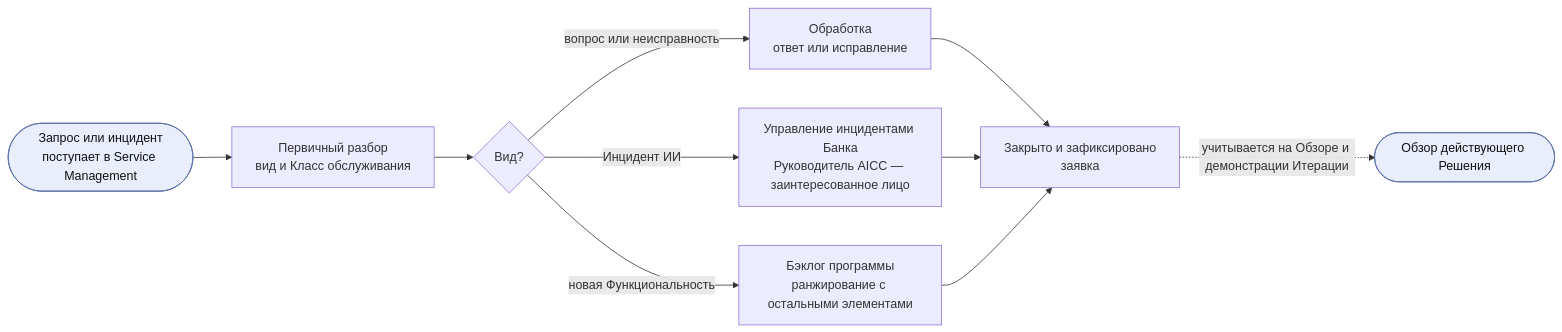
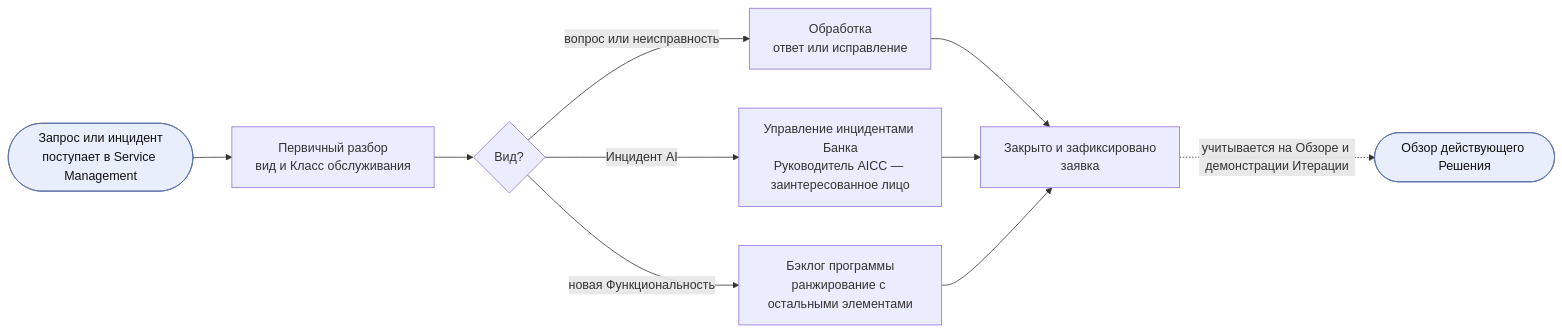
Before and after one commit to devhogu/ob-aicc: diagram 12 of 13 in charter/ru/documents/solution-lifecycle-model.md, drawn with Mermaid. The commit also changed other lines of this file and 768 other files, not shown here.

````diff
--- a/charter/ru/documents/solution-lifecycle-model.md
+++ b/charter/ru/documents/solution-lifecycle-model.md
@@ -456,13 +456,13 @@
 ```mermaid
 flowchart LR
   RQ(["Запрос или инцидент<br/>поступает в Service Management"]):::iface --> TR["Первичный разбор<br/>вид и Класс обслуживания"]
   TR --> K{"Вид?"}
-  K -->|Инцидент ИИ| IM["Управление инцидентами Банка<br/>Руководитель AICC — заинтересованное лицо"]
+  K -->|Инцидент AI| IM["Управление инцидентами Банка<br/>Руководитель AICC — заинтересованное лицо"]
   K -->|вопрос или неисправность| HD["Обработка<br/>ответ или исправление"]
   K -->|новая Функциональность| PB["Бэклог программы<br/>ранжирование с остальными элементами"]
   HD --> CL["Закрыто и зафиксировано<br/>заявка"]
   IM --> CL
   PB --> CL
   CL -.учитывается на Обзоре и демонстрации Итерации.-> RV(["Обзор действующего Решения"]):::iface
   classDef iface fill:#e8eefc,stroke:#5a6fa8,color:#111
 ```
````
